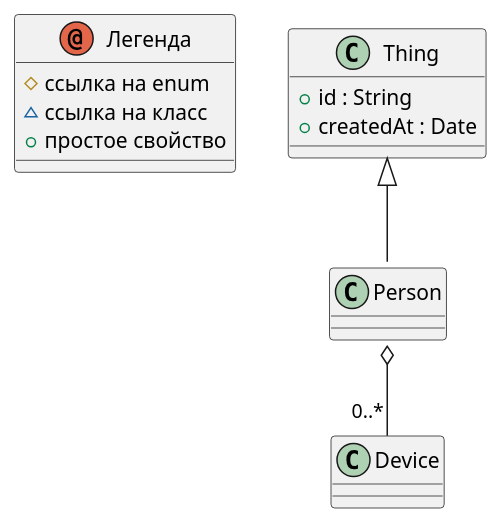
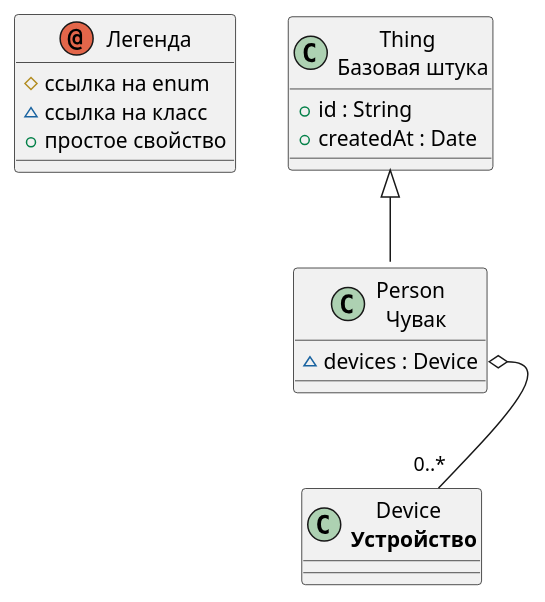
One commit to simplepersonru/SimpleOntoDoc changed the diagram in Example2/output/entities/Person.md. Above: the diagram before and after it, drawn with PlantUML. The commit also changed other lines of this file and 13 other files, not shown here.

````diff
--- a/Example2/output/entities/Person.md
+++ b/Example2/output/entities/Person.md
@@ -19,19 +24,20 @@
 ```plantuml
 @startuml
 skinparam groupInheritance 6
 set separator none
 annotation "Легенда" {
   #ссылка на enum
   ~ссылка на класс
   +простое свойство
 }
-class "Person" as demo.Person  
-class "Device" as demo.Device  
-class "Thing" as demo.Thing  
+class "Person \n Чувак" as demo.Person  
+class "Device \n **Устройство**" as demo.Device  
+class "Thing \n Базовая штука" as demo.Thing  
+demo.Person : ~devices : Device
 demo.Person::devices o--"0..*" demo.Device
 demo.Thing <|-down- demo.Person
 demo.Thing : +id : String
 demo.Thing : +createdAt : Date
 
 @enduml
 ```
````
